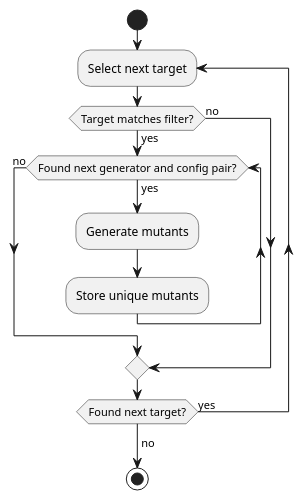
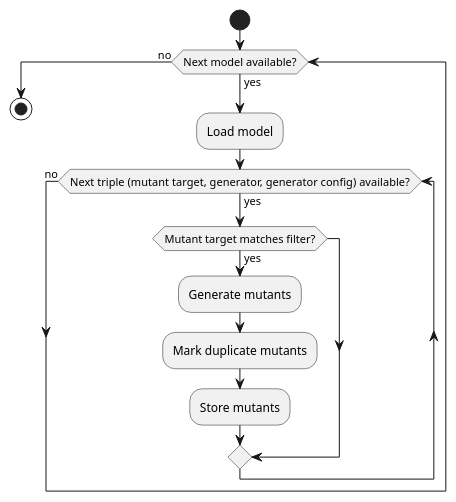
Before and after one commit to robert-oleynik/AI4SE-Mutation-Testing: the diagram in diagrams/generate.puml, drawn with PlantUML.

Commit message:
chore: update generate.puml to include model loop

```diff
--- a/diagrams/generate.puml
+++ b/diagrams/generate.puml
@@ -1,14 +1,14 @@
 @startuml
 start
-repeat :Select next target;
-	if (Target matches filter?) then (yes)
-		while (Found next generator and config pair?) is (yes)
+while (Next model available?) is (yes)
+	:Load model;
+	while (Next triple (mutant target, generator, generator config) available?) is (yes)
+		if (Mutant target matches filter?) then (yes)
 			:Generate mutants;
-			:Store unique mutants;
-		endwhile(no)
-	else (no)
-	endif
-repeat while (Found next target?) is (yes)
-->no;
+			:Mark duplicate mutants;
+			:Store mutants;
+		endif
+	endwhile (no)
+endwhile (no)
 stop
 @enduml
```
